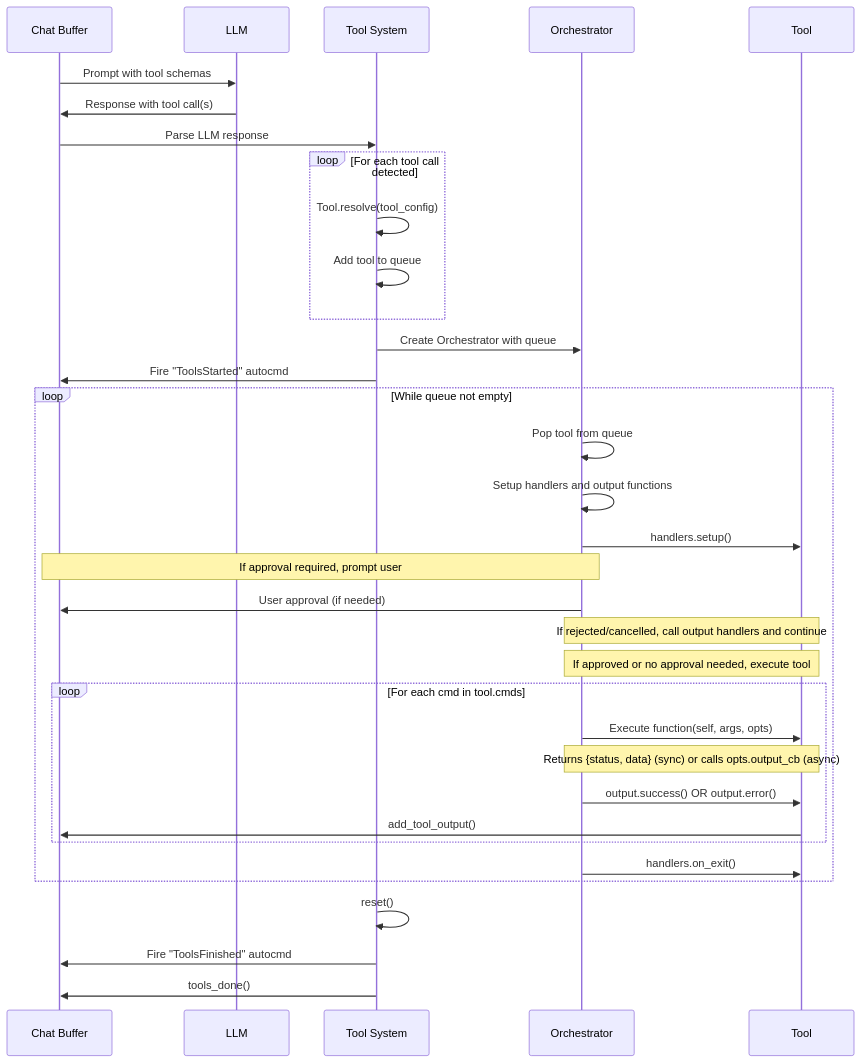
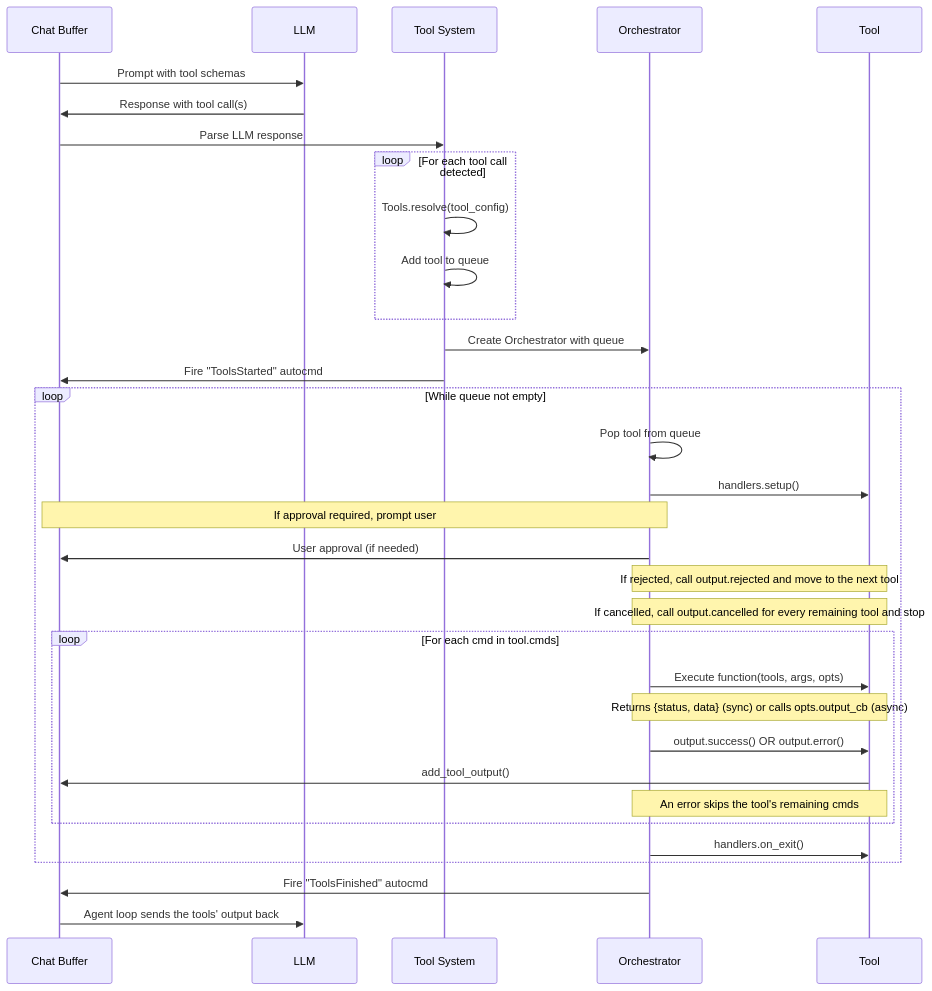
The diagram in sources_non_forked/codecompanion.nvim/doc/extending/tools.md (bygu4/vimrc), drawn with Mermaid before and after one commit. The commit also changed other lines of this file and 408 other files, not shown here.

````diff
--- a/sources_non_forked/codecompanion.nvim/doc/extending/tools.md
+++ b/sources_non_forked/codecompanion.nvim/doc/extending/tools.md
@@ -17,46 +13,45 @@
 ```mermaid
 sequenceDiagram
     participant C as Chat Buffer
     participant L as LLM
     participant TS as Tool System
     participant O as Orchestrator
     participant T as Tool
 
     C->>L: Prompt with tool schemas
     L->>C: Response with tool call(s)
 
     C->>TS: Parse LLM response
 
     loop For each tool call detected
-        TS->>TS: Tool.resolve(tool_config)
+        TS->>TS: Tools.resolve(tool_config)
         TS->>TS: Add tool to queue
     end
 
     TS->>O: Create Orchestrator with queue
     TS->>C: Fire "ToolsStarted" autocmd
 
     loop While queue not empty
         O->>O: Pop tool from queue
-        O->>O: Setup handlers and output functions
         O->>T: handlers.setup()
 
         Note over O,C: If approval required, prompt user
         O->>C: User approval (if needed)
 
-        Note over O,T: If rejected/cancelled, call output handlers and continue
-        Note over O,T: If approved or no approval needed, execute tool
+        Note over O,T: If rejected, call output.rejected and move to the next tool
+        Note over O,T: If cancelled, call output.cancelled for every remaining tool and stop
 
         loop For each cmd in tool.cmds
-            O->>T: Execute function(self, args, opts)
+            O->>T: Execute function(tools, args, opts)
             Note over T,O: Returns {status, data} (sync) or calls opts.output_cb (async)
             O->>T: output.success() OR output.error()
             T->>C: add_tool_output()
+            Note over O,T: An error skips the tool's remaining cmds
         end
 
         O->>T: handlers.on_exit()
     end
 
-    TS->>TS: reset()
-    TS->>C: Fire "ToolsFinished" autocmd
-    TS->>C: tools_done()
+    O->>C: Fire "ToolsFinished" autocmd
+    C->>L: Agent loop sends the tools' output back
 ```
````
